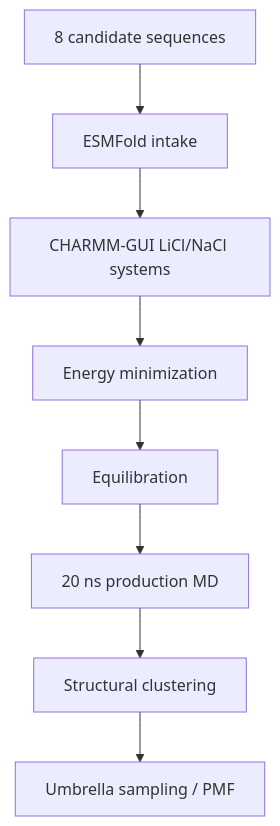
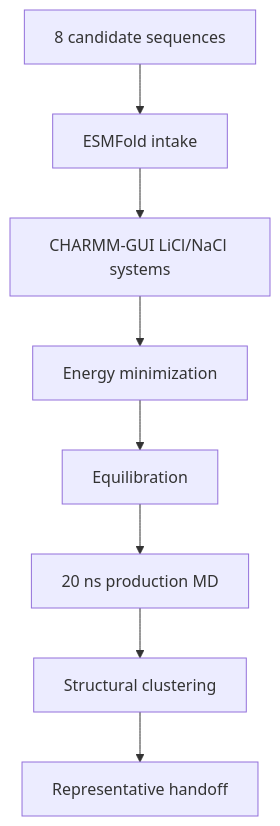
The diagram in 01_computational_discovery/md/README.md (jackyissocute/LiSPER), drawn with Mermaid before and after one commit. The commit also changed other lines of this file and 2370 other files, not shown here.

Commit message:
Align umbrella and PMF workflow folders

````diff
--- a/01_computational_discovery/md/README.md
+++ b/01_computational_discovery/md/README.md
@@ -28,16 +28,16 @@
 ```mermaid
 flowchart TD
     accTitle: Revised 8-Candidate MD Workflow
-    accDescr: The final library moves from ESMFold and CHARMM-GUI into minimization, equilibration, production MD, clustering, and PMF comparison.
+    accDescr: The final library moves from ESMFold and CHARMM-GUI into minimization, equilibration, production MD, clustering, and representative handoff.
 
     sequences["8 candidate sequences"]
     esmfold["ESMFold intake"]
     charmm["CHARMM-GUI LiCl/NaCl systems"]
     minimization["Energy minimization"]
     equilibration["Equilibration"]
     production["20 ns production MD"]
     clustering["Structural clustering"]
-    pmf["Umbrella sampling / PMF"]
+    handoff["Representative handoff"]
 
-    sequences --> esmfold --> charmm --> minimization --> equilibration --> production --> clustering --> pmf
+    sequences --> esmfold --> charmm --> minimization --> equilibration --> production --> clustering --> handoff
 ```
````
